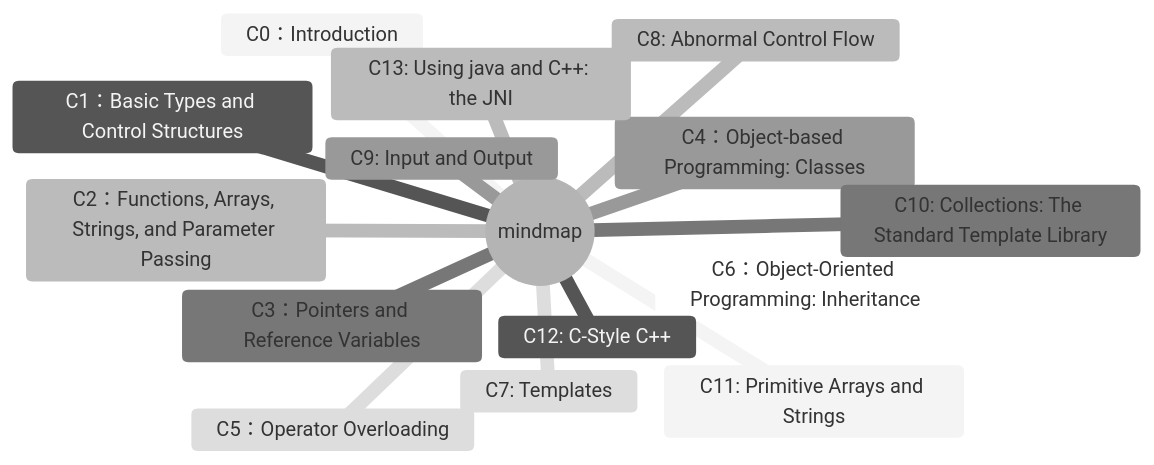
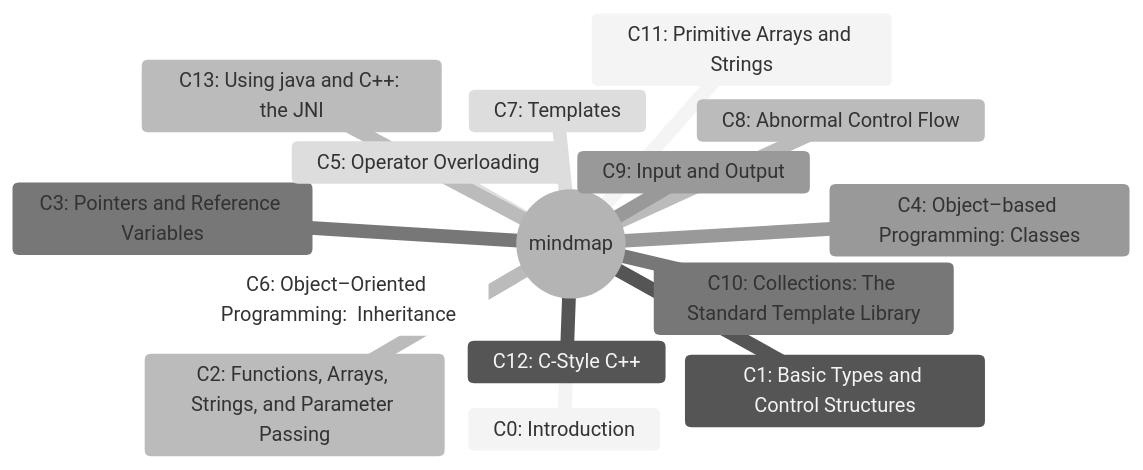
Before and after one commit to damonYuan/gitbook: the diagram in tech/230717-cpp-for-java-programmers.md, drawn with Mermaid (neutral theme).

````diff
--- a/tech/230717-cpp-for-java-programmers.md
+++ b/tech/230717-cpp-for-java-programmers.md
@@ -12,19 +12,19 @@
 ```mermaid
 mindmap
   root((mindmap))
-    C0：Introduction
-    C1：Basic Types and Control Structures
-    C2：Functions, Arrays, Strings, and Parameter Passing
-    C3：Pointers and Reference Variables
-    C4：Object-based Programming: Classes
-    C5：Operator Overloading
-    C6：Object-Oriented Programming: Inheritance
-    C7: Templates
-    C8: Abnormal Control Flow
-    C9: Input and Output
-    C10: Collections: The Standard Template Library
-    C11: Primitive Arrays and Strings
-    C12: C-Style C++
-    C13: Using java and C++: the JNI
+    C0#58; Introduction
+    C1#58; Basic Types and Control Structures
+    C2#58; Functions, Arrays, Strings, and Parameter Passing
+    C3#58; Pointers and Reference Variables
+    C4#58; Object#8211;based Programming#58; Classes
+    C5#58; Operator Overloading
+    C6#58; Object#8211;Oriented Programming#58;  Inheritance
+    C7#58; Templates
+    C8#58; Abnormal Control Flow
+    C9#58; Input and Output
+    C10#58; Collections#58; The Standard Template Library
+    C11#58; Primitive Arrays and Strings
+    C12#58; C-Style C++
+    C13#58; Using java and C++#58; the JNI
  
 ```
````
